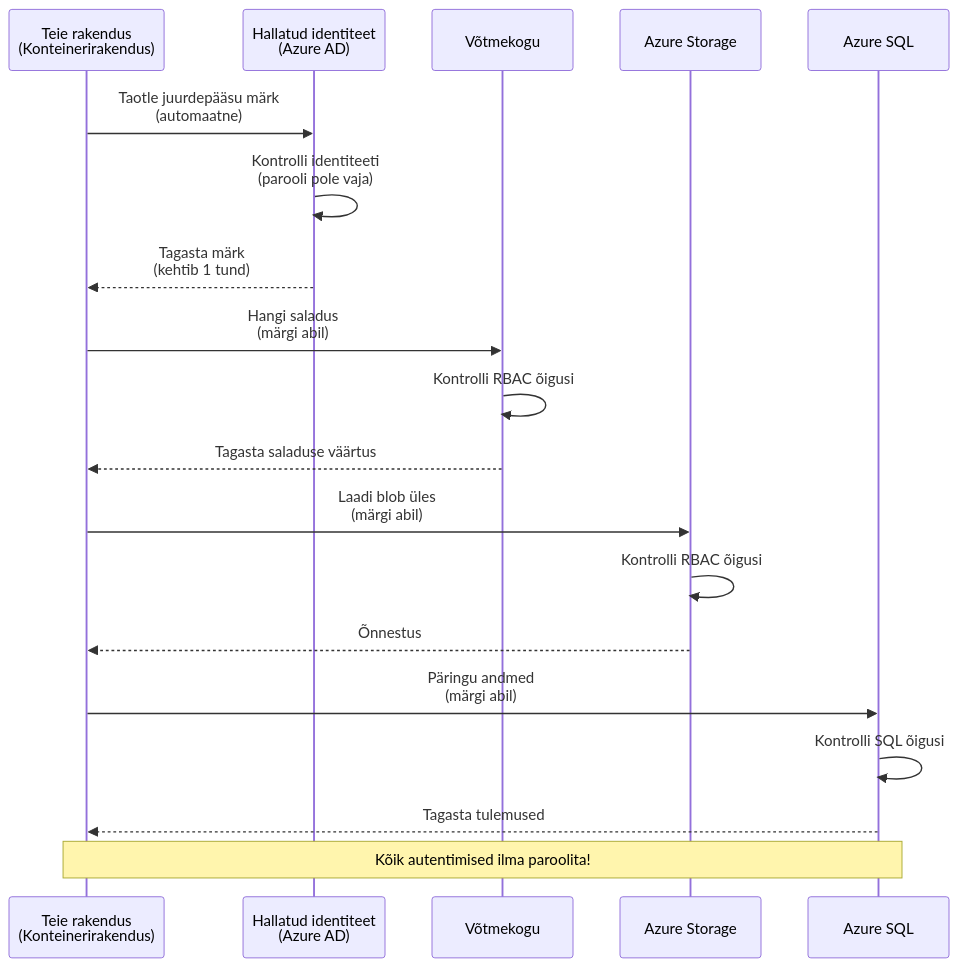
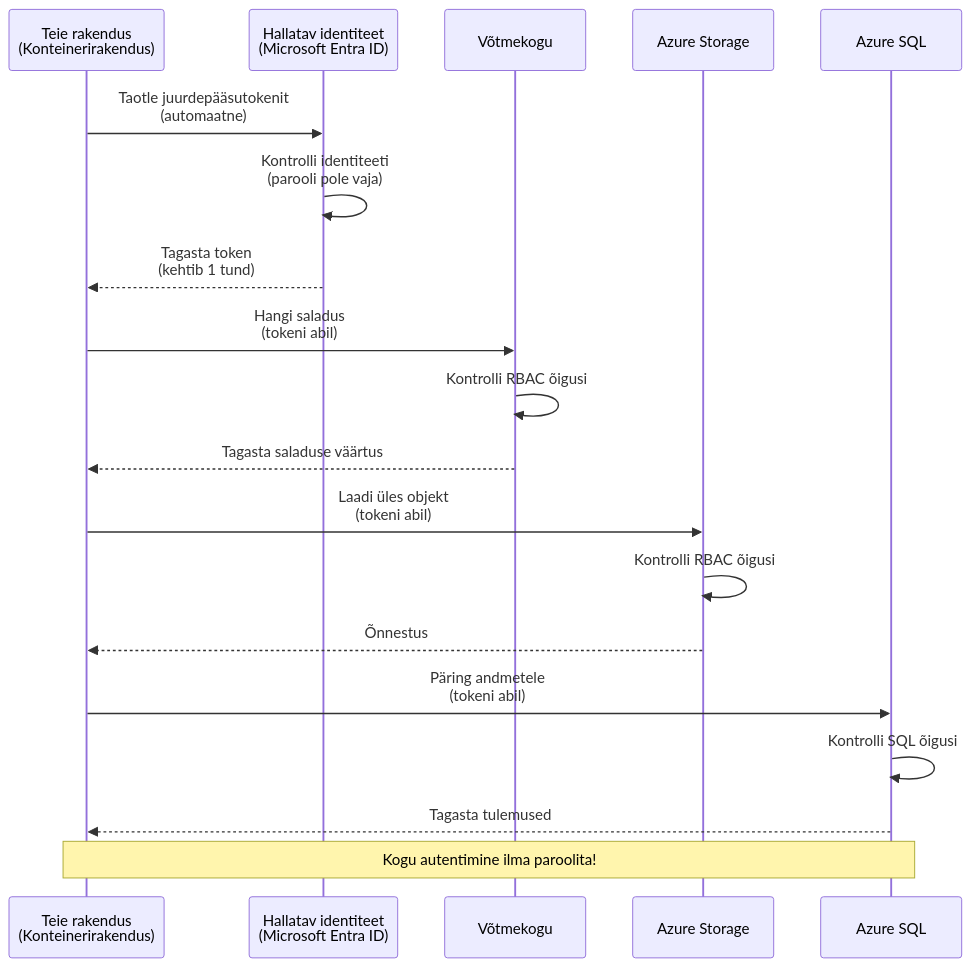
The first of 2 diagrams in translations/et/docs/chapter-03-configuration/authsecurity.md (microsoft/AZD-for-beginners), drawn with Mermaid before and after one commit. The commit also changed other lines of this file and 104 other files, not shown here.

````diff
--- a/translations/et/docs/chapter-03-configuration/authsecurity.md
+++ b/translations/et/docs/chapter-03-configuration/authsecurity.md
@@ -69,26 +69,26 @@
 ```mermaid
 sequenceDiagram
     participant App as Teie rakendus<br/>(Konteinerirakendus)
-    participant MI as Hallatud identiteet<br/>(Azure AD)
+    participant MI as Hallatav identiteet<br/>(Microsoft Entra ID)
     participant KV as Võtmekogu
     participant Storage as Azure Storage
     participant DB as Azure SQL
     
-    App->>MI: Taotle juurdepääsu märk<br/>(automaatne)
+    App->>MI: Taotle juurdepääsutokenit<br/>(automaatne)
     MI->>MI: Kontrolli identiteeti<br/>(parooli pole vaja)
-    MI-->>App: Tagasta märk<br/>(kehtib 1 tund)
+    MI-->>App: Tagasta token<br/>(kehtib 1 tund)
     
-    App->>KV: Hangi saladus<br/>(märgi abil)
+    App->>KV: Hangi saladus<br/>(tokeni abil)
     KV->>KV: Kontrolli RBAC õigusi
     KV-->>App: Tagasta saladuse väärtus
     
-    App->>Storage: Laadi blob üles<br/>(märgi abil)
+    App->>Storage: Laadi üles objekt<br/>(tokeni abil)
     Storage->>Storage: Kontrolli RBAC õigusi
     Storage-->>App: Õnnestus
     
-    App->>DB: Päringu andmed<br/>(märgi abil)
+    App->>DB: Päring andmetele<br/>(tokeni abil)
     DB->>DB: Kontrolli SQL õigusi
     DB-->>App: Tagasta tulemused
     
-    Note over App,DB: Kõik autentimised ilma paroolita!
+    Note over App,DB: Kogu autentimine ilma paroolita!
 ```
````
